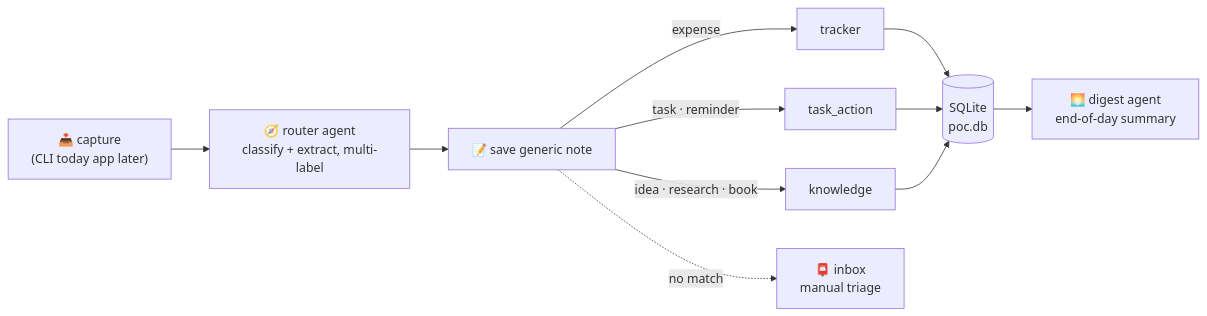
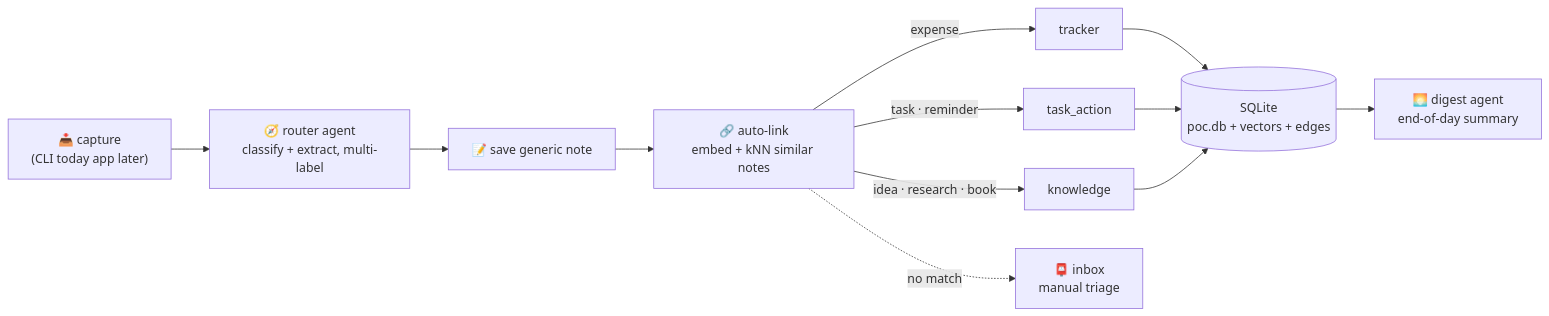
One commit to Gandhrav/Dropstone changed the diagram in README.md. Above: the diagram before and after it, drawn with Mermaid. The commit also changed other lines of this file and 7 other files, not shown here.

Commit message:
Phase 2 auto linking to related notes built + a bring your own model layer

````diff
--- a/README.md
+++ b/README.md
@@ -48,13 +50,14 @@
 ```mermaid
 flowchart LR
     C["📥 capture<br/>(CLI today  app later)"] --> R["🧭 router agent<br/>classify + extract, multi-label"]
     R --> S["📝 save generic note"]
-    S -->|"expense"| TR["tracker"]
-    S -->|"task · reminder"| TA["task_action"]
-    S -->|"idea · research · book"| KN["knowledge"]
-    S -.->|"no match"| IB["📮 inbox<br/>manual triage"]
-    TR --> DB[("SQLite<br/>poc.db")]
+    S --> AL["🔗 auto-link<br/>embed + kNN similar notes"]
+    AL -->|"expense"| TR["tracker"]
+    AL -->|"task · reminder"| TA["task_action"]
+    AL -->|"idea · research · book"| KN["knowledge"]
+    AL -.->|"no match"| IB["📮 inbox<br/>manual triage"]
+    TR --> DB[("SQLite<br/>poc.db + vectors + edges")]
     TA --> DB
     KN --> DB
     DB --> DG["🌅 digest agent<br/>end-of-day summary"]
 ```
````
